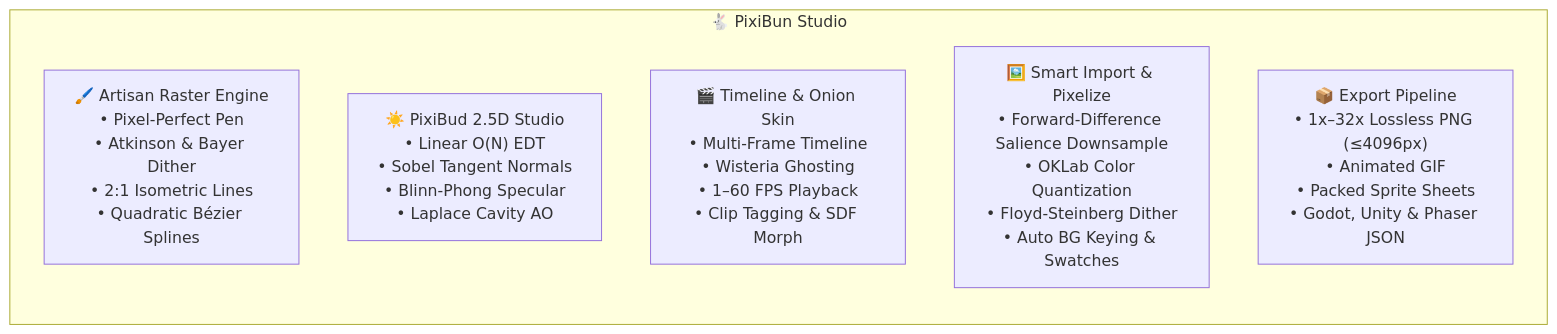
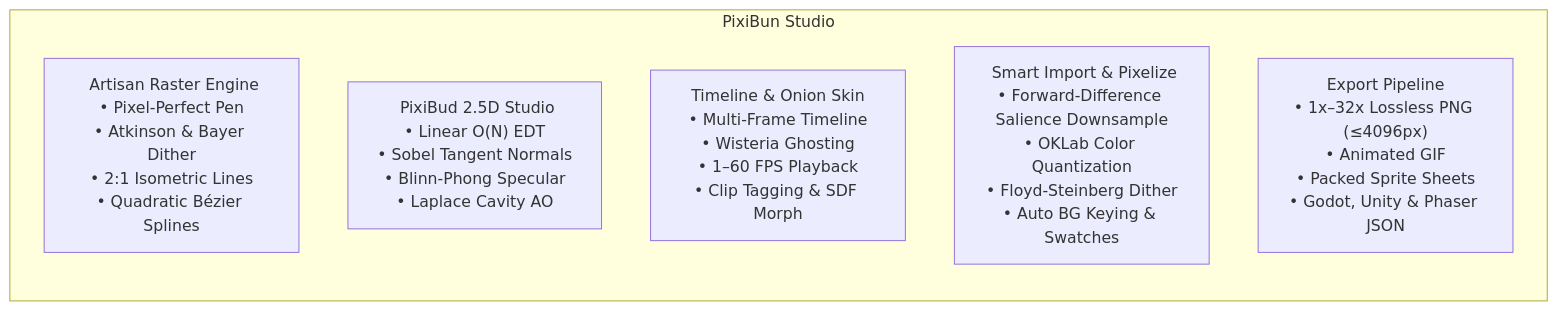
Before and after one commit to lxcario/PixiBun: the diagram in README.md, drawn with Mermaid. The commit also changed other lines of this file and 18 other files, not shown here.

````diff
--- a/README.md
+++ b/README.md
@@ -33,10 +33,10 @@
 ```mermaid
 graph LR
-    subgraph Atelier ["🐇 PixiBun Studio"]
-        Raster["🖌️ Artisan Raster Engine<br/>• Pixel-Perfect Pen<br/>• Atkinson & Bayer Dither<br/>• 2:1 Isometric Lines<br/>• Quadratic Bézier Splines"]
-        Math["☀️ PixiBud 2.5D Studio<br/>• Linear O(N) EDT<br/>• Sobel Tangent Normals<br/>• Blinn-Phong Specular<br/>• Laplace Cavity AO"]
-        Anim["🎬 Timeline & Onion Skin<br/>• Multi-Frame Timeline<br/>• Wisteria Ghosting<br/>• 1–60 FPS Playback<br/>• Clip Tagging & SDF Morph"]
-        Import["🖼️ Smart Import & Pixelize<br/>• Forward-Difference Salience Downsample<br/>• OKLab Color Quantization<br/>• Floyd-Steinberg Dither<br/>• Auto BG Keying & Swatches"]
-        Export["📦 Export Pipeline<br/>• 1x–32x Lossless PNG (≤4096px)<br/>• Animated GIF<br/>• Packed Sprite Sheets<br/>• Godot, Unity & Phaser JSON"]
+    subgraph Atelier [" PixiBun Studio"]
+        Raster["️ Artisan Raster Engine<br/>• Pixel-Perfect Pen<br/>• Atkinson & Bayer Dither<br/>• 2:1 Isometric Lines<br/>• Quadratic Bézier Splines"]
+        Math["️ PixiBud 2.5D Studio<br/>• Linear O(N) EDT<br/>• Sobel Tangent Normals<br/>• Blinn-Phong Specular<br/>• Laplace Cavity AO"]
+        Anim[" Timeline & Onion Skin<br/>• Multi-Frame Timeline<br/>• Wisteria Ghosting<br/>• 1–60 FPS Playback<br/>• Clip Tagging & SDF Morph"]
+        Import["️ Smart Import & Pixelize<br/>• Forward-Difference Salience Downsample<br/>• OKLab Color Quantization<br/>• Floyd-Steinberg Dither<br/>• Auto BG Keying & Swatches"]
+        Export[" Export Pipeline<br/>• 1x–32x Lossless PNG (≤4096px)<br/>• Animated GIF<br/>• Packed Sprite Sheets<br/>• Godot, Unity & Phaser JSON"]
     end
 ```
````
